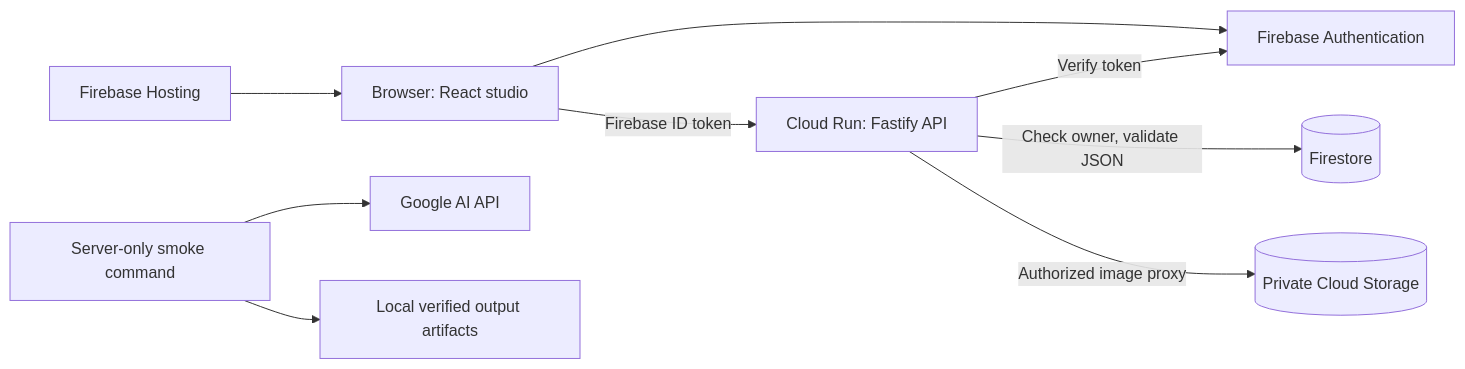
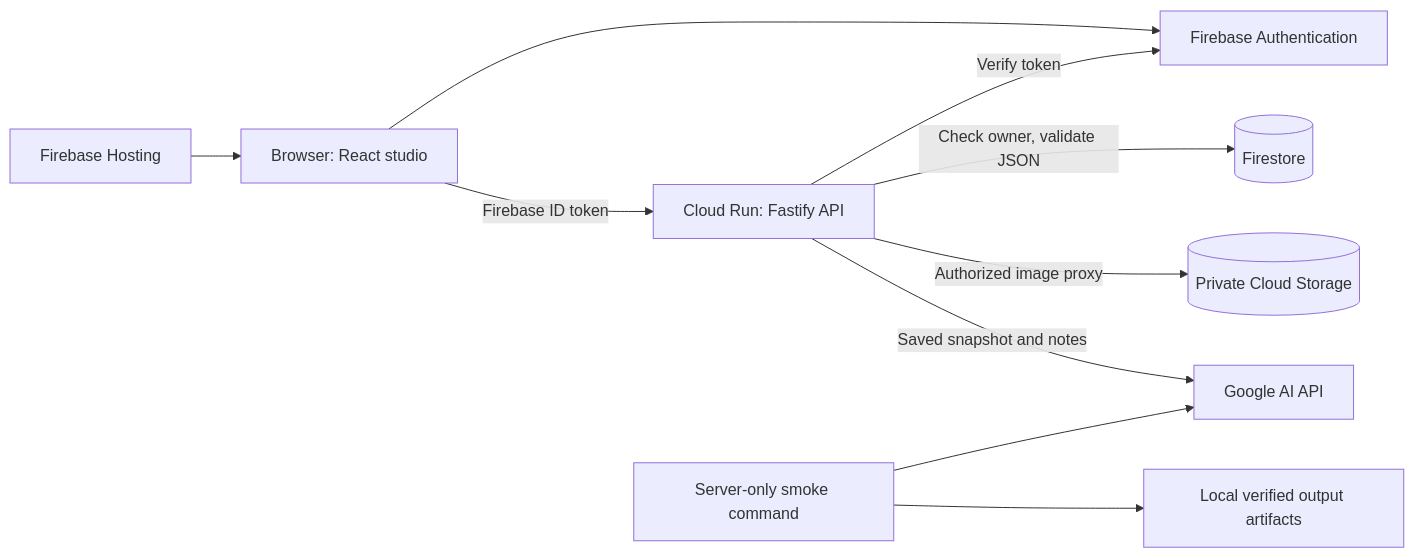
The first of 2 diagrams in docs/architecture.md (SMani0547/AniForge-AI), drawn with Mermaid before and after one commit. The commit also changed other lines of this file and 36 other files, not shown here.

````diff
--- a/docs/architecture.md
+++ b/docs/architecture.md
@@ -15,11 +17,12 @@
 ```mermaid
 flowchart LR
   B[Browser: React studio] --> F[Firebase Authentication]
   B -->|Firebase ID token| A[Cloud Run: Fastify API]
   A -->|Verify token| F
   A -->|Check owner, validate JSON| D[(Firestore)]
   A -->|Authorized image proxy| M[(Private Cloud Storage)]
-  S[Server-only smoke command] --> G[Google AI API]
+  A -->|Saved snapshot and notes| G[Google AI API]
+  S[Server-only smoke command] --> G
   S --> O[Local verified output artifacts]
   H[Firebase Hosting] --> B
 ```
````
